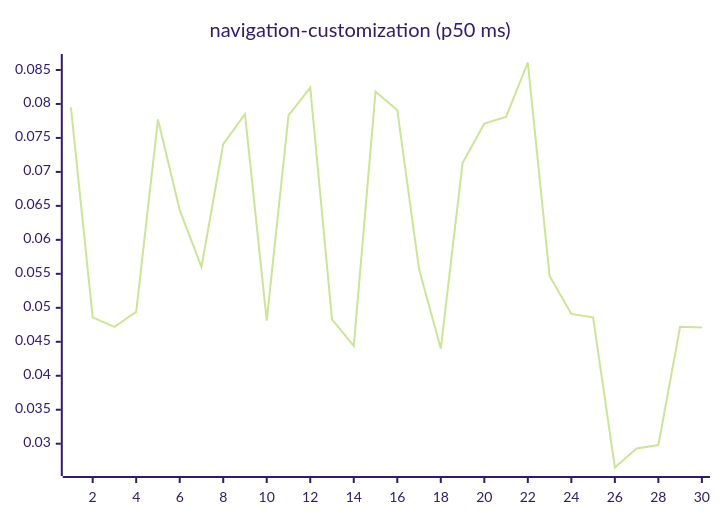
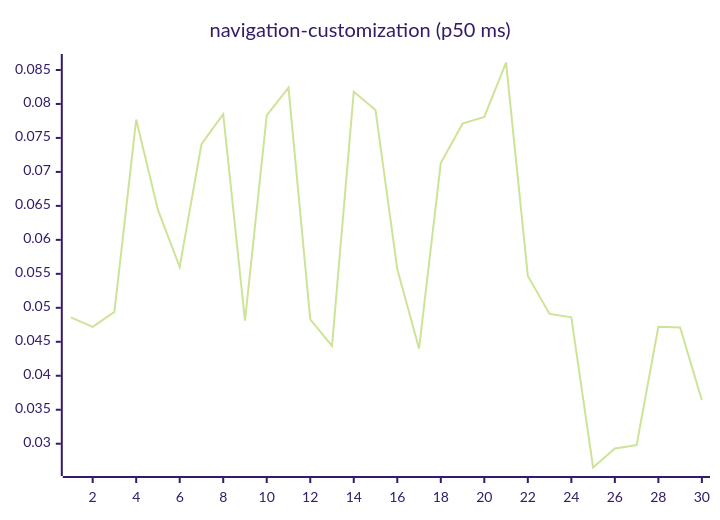
Diagram 15 of 27 in README.md (josha/Facet), drawn with Mermaid (forest theme) before and after one commit. The commit also changed other lines of this file and 2 other files, not shown here.

````diff
--- a/README.md
+++ b/README.md
@@ -161,6 +161,6 @@
 ```mermaid
 xychart-beta
     title "navigation-customization (p50 ms)"
     x-axis 1 --> 30
-    line [0.0795, 0.0486, 0.0472, 0.0494, 0.0777, 0.0644, 0.0560, 0.0741, 0.0785, 0.0481, 0.0783, 0.0824, 0.0483, 0.0444, 0.0818, 0.0791, 0.0557, 0.0440, 0.0713, 0.0771, 0.0781, 0.0861, 0.0547, 0.0491, 0.0486, 0.0265, 0.0293, 0.0298, 0.0472, 0.0471]
+    line [0.0486, 0.0472, 0.0494, 0.0777, 0.0644, 0.0560, 0.0741, 0.0785, 0.0481, 0.0783, 0.0824, 0.0483, 0.0444, 0.0818, 0.0791, 0.0557, 0.0440, 0.0713, 0.0771, 0.0781, 0.0861, 0.0547, 0.0491, 0.0486, 0.0265, 0.0293, 0.0298, 0.0472, 0.0471, 0.0364]
 ```
````
